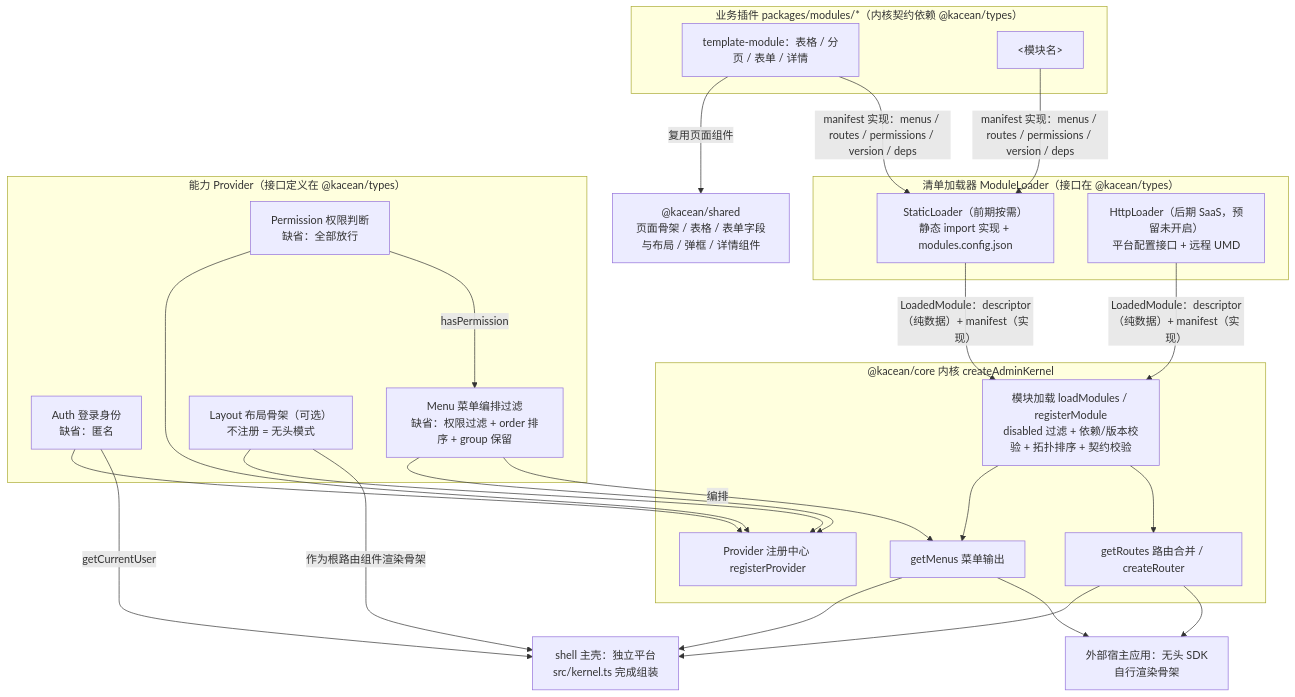
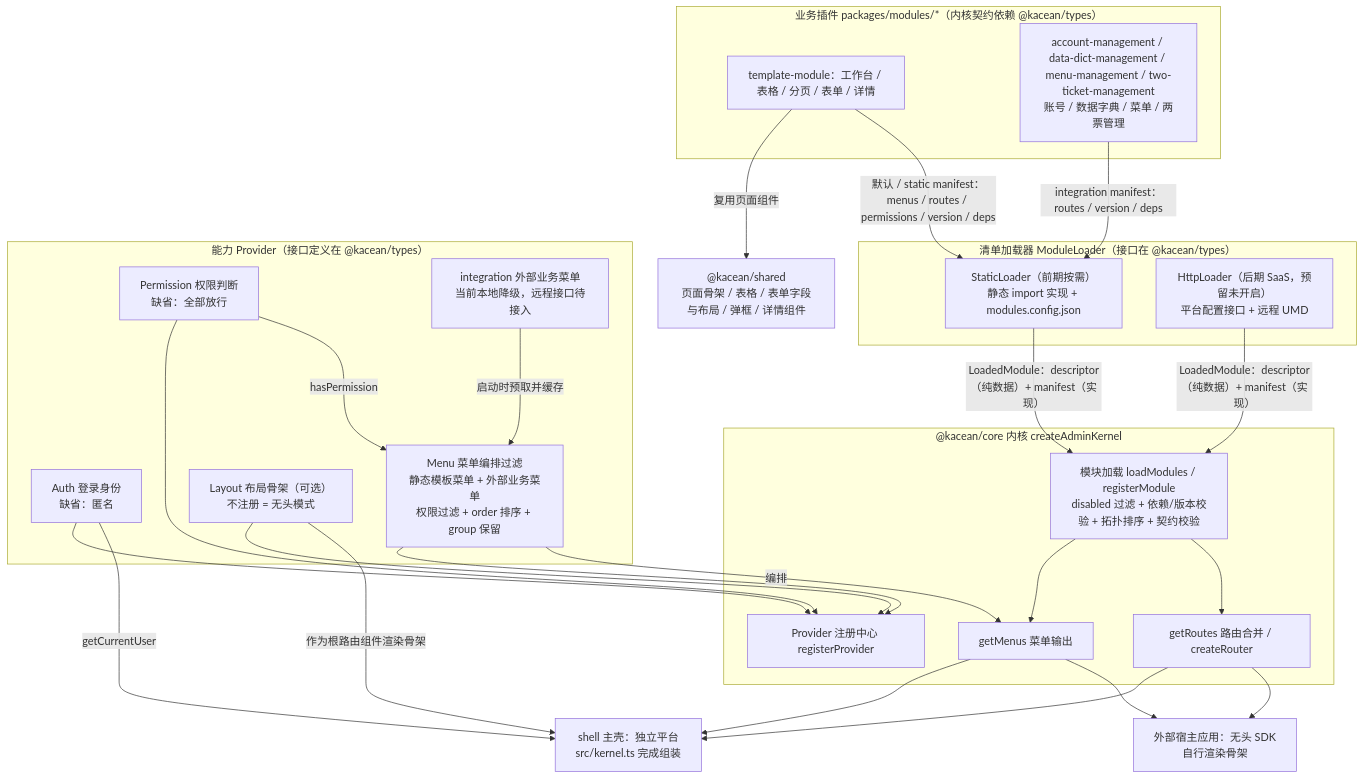
Before and after one commit to HirongVSuen/kacean-admin: the first of 2 diagrams in README.md, drawn with Mermaid. The commit also changed other lines of this file and 109 other files, not shown here.

````diff
--- a/README.md
+++ b/README.md
@@ -54,43 +59,46 @@
 ```mermaid
 flowchart TD
     subgraph Modules["业务插件 packages/modules/*（内核契约依赖 @kacean/types）"]
-        M2["template-module：表格 / 分页 / 表单 / 详情"]
-        M3["&lt;模块名&gt;"]
+        M2["template-module：工作台 / 表格 / 分页 / 表单 / 详情"]
+        M3["account-management / data-dict-management / menu-management / two-ticket-management<br/>账号 / 数据字典 / 菜单 / 两票管理"]
     end
 
     SharedUI["@kacean/shared<br/>页面骨架 / 表格 / 表单字段与布局 / 弹框 / 详情组件"]
 
     subgraph Loaders["清单加载器 ModuleLoader（接口在 @kacean/types）"]
         StaticL["StaticLoader（前期按需）<br/>静态 import 实现 + modules.config.json"]
         HttpL["HttpLoader（后期 SaaS，预留未开启）<br/>平台配置接口 + 远程 UMD"]
     end
 
     subgraph Core["@kacean/core 内核 createAdminKernel"]
         Load["模块加载 loadModules / registerModule<br/>disabled 过滤 + 依赖/版本校验 + 拓扑排序 + 契约校验"]
         Registry["Provider 注册中心 registerProvider"]
         MenuOut["getMenus 菜单输出"]
         RouteOut["getRoutes 路由合并 / createRouter"]
     end
 
     subgraph Providers["能力 Provider（接口定义在 @kacean/types）"]
         Auth["Auth 登录身份<br/>缺省：匿名"]
         Permission["Permission 权限判断<br/>缺省：全部放行"]
-        MenuP["Menu 菜单编排过滤<br/>缺省：权限过滤 + order 排序 + group 保留"]
+        MenuP["Menu 菜单编排过滤<br/>静态模板菜单 + 外部业务菜单<br/>权限过滤 + order 排序 + group 保留"]
+        MenuSource["integration 外部业务菜单<br/>当前本地降级，远程接口待接入"]
         Layout["Layout 布局骨架（可选）<br/>不注册 = 无头模式"]
     end
 
     Shell["shell 主壳：独立平台<br/>src/kernel.ts 完成组装"]
     Host["外部宿主应用：无头 SDK<br/>自行渲染骨架"]
 
     M2 -->|"复用页面组件"| SharedUI
-    M2 & M3 -->|"manifest 实现：menus / routes / permissions / version / deps"| StaticL
+    M2 -->|"默认 / static manifest：menus / routes / permissions / version / deps"| StaticL
+    M3 -->|"integration manifest：routes / version / deps"| StaticL
     StaticL & HttpL -->|"LoadedModule：descriptor（纯数据）+ manifest（实现）"| Load
     Auth & Permission & MenuP & Layout --> Registry
     Load --> MenuOut & RouteOut
+    MenuSource -->|"启动时预取并缓存"| MenuP
     MenuP -->|"编排"| MenuOut
     Permission -->|"hasPermission"| MenuP
     Auth -->|"getCurrentUser"| Shell
     MenuOut & RouteOut --> Shell
     Layout -->|"作为根路由组件渲染骨架"| Shell
     MenuOut & RouteOut --> Host
 ```
````
